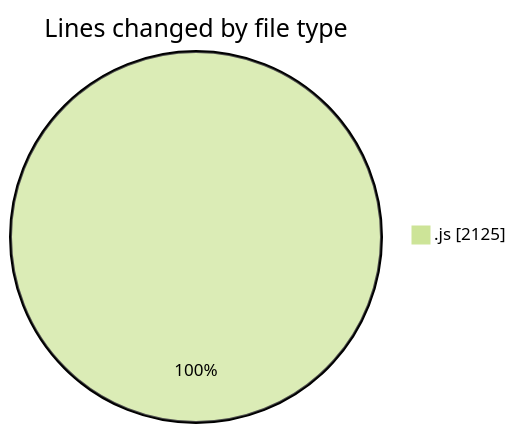
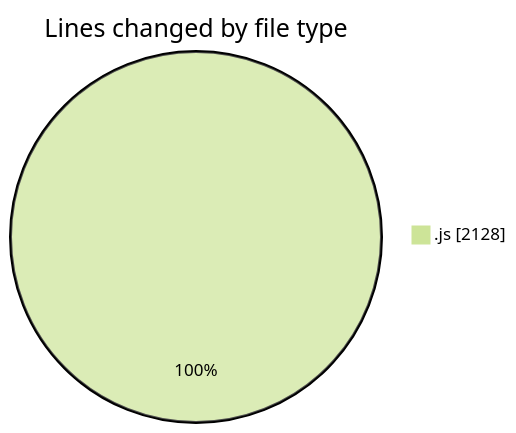
Before and after one commit to BS-eng2023/code-tracking: the first of 2 diagrams in 2025-04-03/jsvms/README.md, drawn with Mermaid (forest theme). The commit also changed other lines of this file and 1 other file, not shown here.

````diff
--- a/2025-04-03/jsvms/README.md
+++ b/2025-04-03/jsvms/README.md
@@ -32,5 +32,5 @@
 ```mermaid
 pie showData
 title Lines changed by file type
-".js" : 2125
+".js" : 2128
 ```
````
